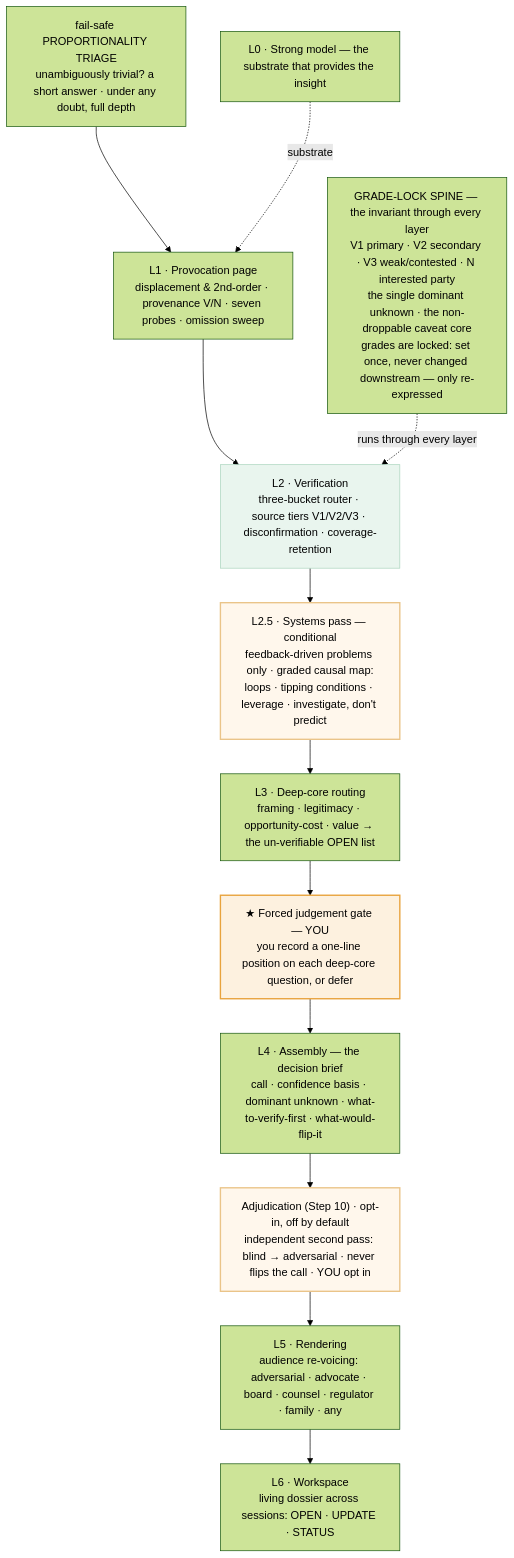
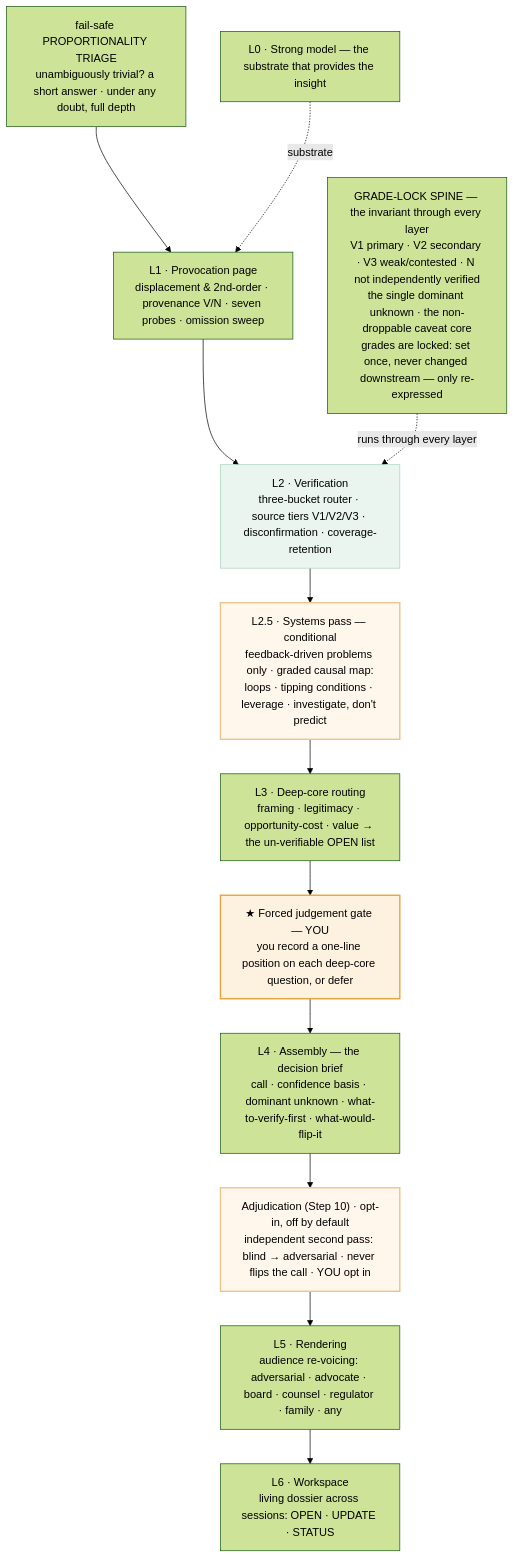
One commit to ComplexAR/Insight-Engine changed the first of 2 diagrams in docs/User-Operating-Guide.md. Above: the diagram before and after it, drawn with Mermaid (forest theme). The commit also changed other lines of this file and 21 other files, not shown here.

````diff
--- a/docs/User-Operating-Guide.md
+++ b/docs/User-Operating-Guide.md
@@ -47,23 +47,23 @@
 ```mermaid
 flowchart TD
     TR["fail-safe PROPORTIONALITY TRIAGE<br/>unambiguously trivial? a short answer · under any doubt, full depth"]
     TR --> L1["L1 · Provocation page<br/>displacement &amp; 2nd-order · provenance V/N · seven probes · omission sweep"]
     L1 --> L2["L2 · Verification<br/>three-bucket router · source tiers V1/V2/V3 · disconfirmation · coverage-retention"]
     L2 --> L25["L2.5 · Systems pass — conditional<br/>feedback-driven problems only · graded causal map:<br/>loops · tipping conditions · leverage · investigate, don't predict"]
     L25 --> L3["L3 · Deep-core routing<br/>framing · legitimacy · opportunity-cost · value → the un-verifiable OPEN list"]
     L3 --> GATE["★ Forced judgement gate — YOU<br/>you record a one-line position on each deep-core question, or defer"]
     GATE --> L4["L4 · Assembly — the decision brief<br/>call · confidence basis · dominant unknown · what-to-verify-first · what-would-flip-it"]
     L4 --> ADJ["Adjudication (Step 10) · opt-in, off by default<br/>independent second pass: blind → adversarial · never flips the call · YOU opt in"]
     ADJ --> L5["L5 · Rendering<br/>audience re-voicing: adversarial · advocate · board · counsel · regulator · family · any"]
     L5 --> L6["L6 · Workspace<br/>living dossier across sessions: OPEN · UPDATE · STATUS"]
     L0["L0 · Strong model — the substrate that provides the insight"] -.->|substrate| L1
-    SPINE["GRADE-LOCK SPINE — the invariant through every layer<br/>V1 primary · V2 secondary · V3 weak/contested · N interested party<br/>the single dominant unknown · the non-droppable caveat core<br/>grades are locked: set once, never changed downstream — only re-expressed"]
+    SPINE["GRADE-LOCK SPINE — the invariant through every layer<br/>V1 primary · V2 secondary · V3 weak/contested · N not independently verified<br/>the single dominant unknown · the non-droppable caveat core<br/>grades are locked: set once, never changed downstream — only re-expressed"]
     SPINE -.->|runs through every layer| L2
     classDef gate fill:#fdf1df,stroke:#e8a33d,stroke-width:2px;
     classDef cond fill:#fff7ec,stroke:#eac489,stroke-width:2px;
     classDef green fill:#e9f5ee,stroke:#a9d4bd;
     class GATE gate;
     class L25 cond;
     class ADJ cond;
     class L2 green;
 ```
````
